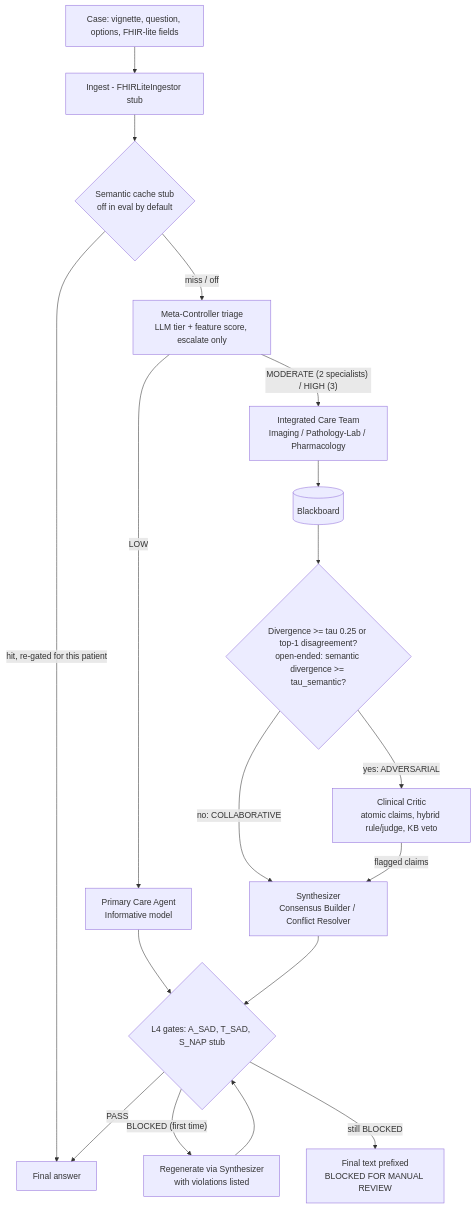
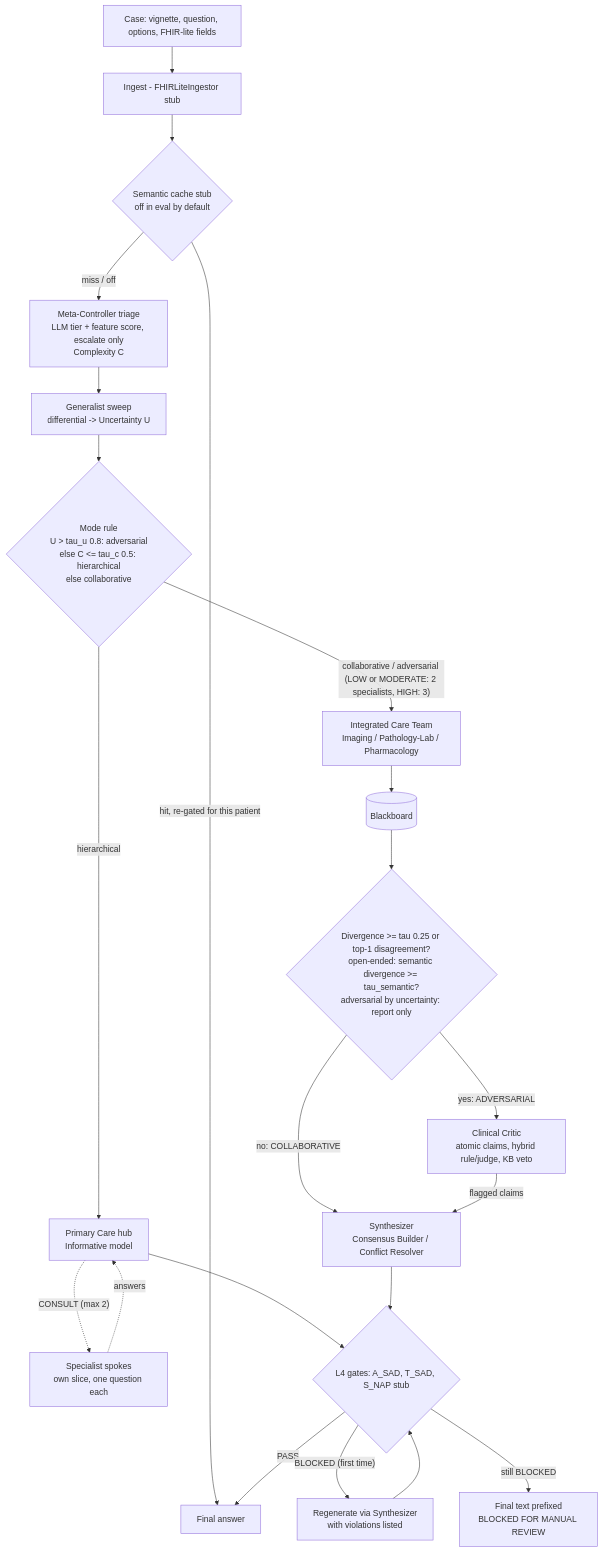
Before and after one commit to LaansDole/multi-agent-simulation: the diagram in docs/dynaclinic/README.md, drawn with Mermaid. The commit also changed other lines of this file, not shown here.

Commit message:
docs(dynaclinic): meta-controller per the reviewed proposal

````diff
--- a/docs/dynaclinic/README.md
+++ b/docs/dynaclinic/README.md
@@ -39,20 +42,24 @@
 ```mermaid
 flowchart TD
     IN[Case: vignette, question, options, FHIR-lite fields] --> ING[Ingest - FHIRLiteIngestor stub]
     ING --> CACHE{Semantic cache stub<br/>off in eval by default}
     CACHE -- hit, re-gated for this patient --> OUT[Final answer]
-    CACHE -- miss / off --> TRI[Meta-Controller triage<br/>LLM tier + feature score, escalate only]
-    TRI -- LOW --> PCA[Primary Care Agent<br/>Informative model]
-    TRI -- "MODERATE (2 specialists) / HIGH (3)" --> TEAM[Integrated Care Team<br/>Imaging / Pathology-Lab / Pharmacology]
+    CACHE -- miss / off --> TRI[Meta-Controller triage<br/>LLM tier + feature score, escalate only<br/>Complexity C]
+    TRI --> SWEEP[Generalist sweep<br/>differential -> Uncertainty U]
+    SWEEP --> RULE{"Mode rule<br/>U > tau_u 0.8: adversarial<br/>else C <= tau_c 0.5: hierarchical<br/>else collaborative"}
+    RULE -- hierarchical --> PCA[Primary Care hub<br/>Informative model]
+    PCA -. "CONSULT (max 2)" .-> SPOKE[Specialist spokes<br/>own slice, one question each]
+    SPOKE -. answers .-> PCA
+    RULE -- "collaborative / adversarial (LOW or MODERATE: 2 specialists, HIGH: 3)" --> TEAM[Integrated Care Team<br/>Imaging / Pathology-Lab / Pharmacology]
     TEAM --> BB[(Blackboard)]
-    BB --> DIV{"Divergence >= tau 0.25 or top-1 disagreement?<br/>open-ended: semantic divergence >= tau_semantic?"}
+    BB --> DIV{"Divergence >= tau 0.25 or top-1 disagreement?<br/>open-ended: semantic divergence >= tau_semantic?<br/>adversarial by uncertainty: report only"}
     DIV -- no: COLLABORATIVE --> SYN[Synthesizer<br/>Consensus Builder / Conflict Resolver]
     DIV -- yes: ADVERSARIAL --> CRIT[Clinical Critic<br/>atomic claims, hybrid rule/judge, KB veto]
     CRIT -- flagged claims --> SYN
     PCA --> GATE{L4 gates: A_SAD, T_SAD, S_NAP stub}
     SYN --> GATE
     GATE -- PASS --> OUT
     GATE -- "BLOCKED (first time)" --> REGEN[Regenerate via Synthesizer<br/>with violations listed]
     REGEN --> GATE
     GATE -- still BLOCKED --> MANUAL[Final text prefixed<br/>BLOCKED FOR MANUAL REVIEW]
 ```
````
